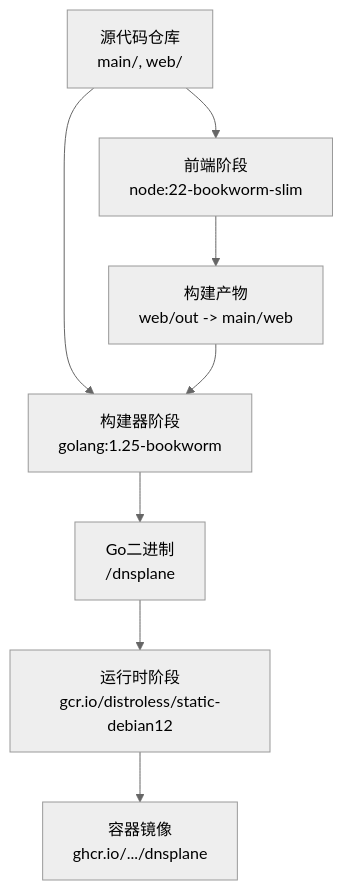
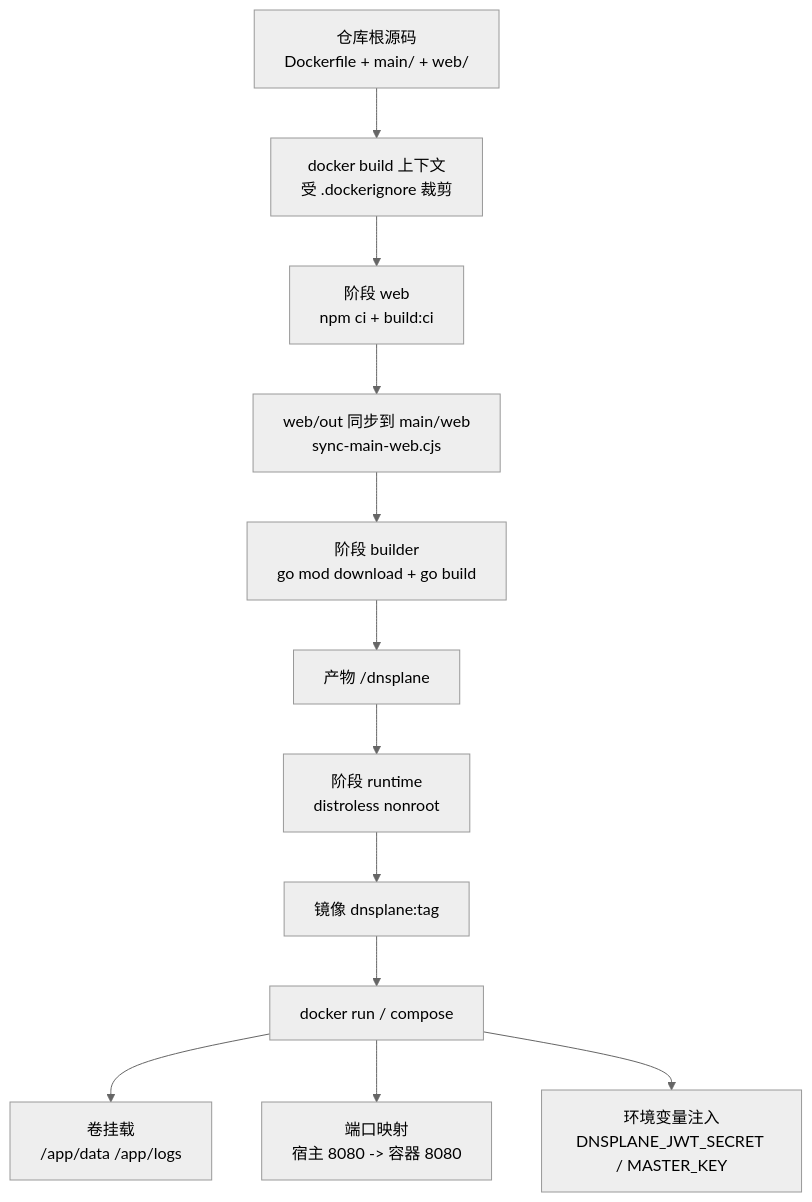
One commit to x01n/dnsplane changed the first of 5 diagrams in docs/部署运维/Docker容器化部署.md. Above: the diagram before and after it, drawn with Mermaid (neutral theme). The commit also changed other lines of this file and 326 other files, not shown here.

````diff
--- a/docs/部署运维/Docker容器化部署.md
+++ b/docs/部署运维/Docker容器化部署.md
@@ -37,10 +97,14 @@
 ```mermaid
-graph TB
-A["源代码仓库<br/>main/, web/"] --> B["前端阶段<br/>node:22-bookworm-slim"]
-B --> C["构建产物<br/>web/out -> main/web"]
-A --> D["构建器阶段<br/>golang:1.25-bookworm"]
-C --> D
-D --> E["Go二进制<br/>/dnsplane"]
-E --> F["运行时阶段<br/>gcr.io/distroless/static-debian12"]
-F --> G["容器镜像<br/>ghcr.io/.../dnsplane"]
+flowchart TD
+  SRC["仓库根源码<br/>Dockerfile + main/ + web/"] --> CTX["docker build 上下文<br/>受 .dockerignore 裁剪"]
+  CTX --> WEB["阶段 web<br/>npm ci + build:ci"]
+  WEB --> SYNC["web/out 同步到 main/web<br/>sync-main-web.cjs"]
+  SYNC --> BLD["阶段 builder<br/>go mod download + go build"]
+  BLD --> BIN["产物 /dnsplane"]
+  BIN --> RT["阶段 runtime<br/>distroless nonroot"]
+  RT --> IMG["镜像 dnsplane:tag"]
+  IMG --> RUN["docker run / compose"]
+  RUN --> VOL["卷挂载<br/>/app/data /app/logs"]
+  RUN --> PORT["端口映射<br/>宿主 8080 -> 容器 8080"]
+  RUN --> ENV["环境变量注入<br/>DNSPLANE_JWT_SECRET / MASTER_KEY"]
 ```
````
